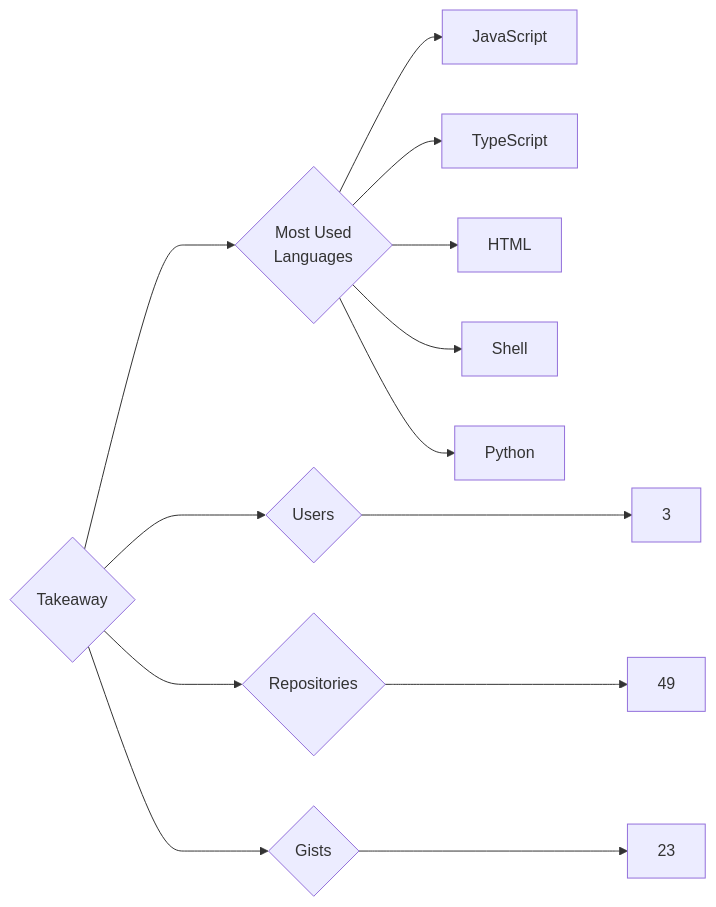
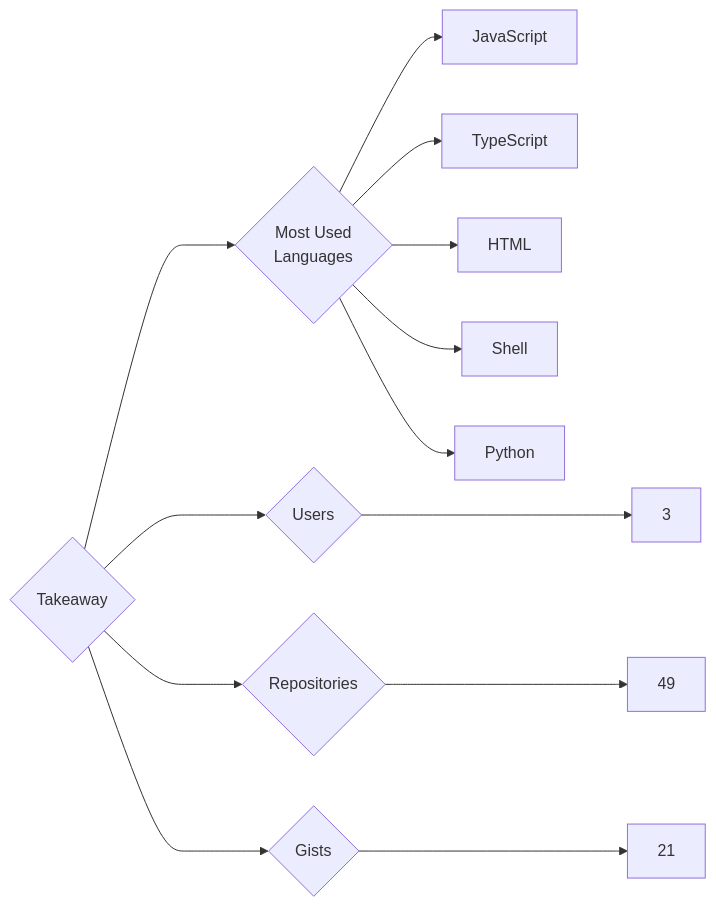
One commit to trickest/insiders changed the diagram in targets/Takeaway/README.md. Above: the diagram before and after it, drawn with Mermaid. The commit also changed 898 other files, not shown here.

````diff
--- a/targets/Takeaway/README.md
+++ b/targets/Takeaway/README.md
@@ -3,13 +3,13 @@
 ```mermaid
 graph LR
 COMPANY_NAME{Takeaway}
 COMPANY_NAME ---> U{Users} ---> UN[3]
 COMPANY_NAME ---> R{Repositories} ---> RN[49]
-COMPANY_NAME ---> G{Gists} ---> GN[23]
+COMPANY_NAME ---> G{Gists} ---> GN[21]
 COMPANY_NAME ---> ML{Most Used<br>Languages}
 ML --> JavaScript[JavaScript]
 ML --> TypeScript[TypeScript]
 ML --> HTML[HTML]
 ML --> Shell[Shell]
 ML --> Python[Python]
 ```
````
